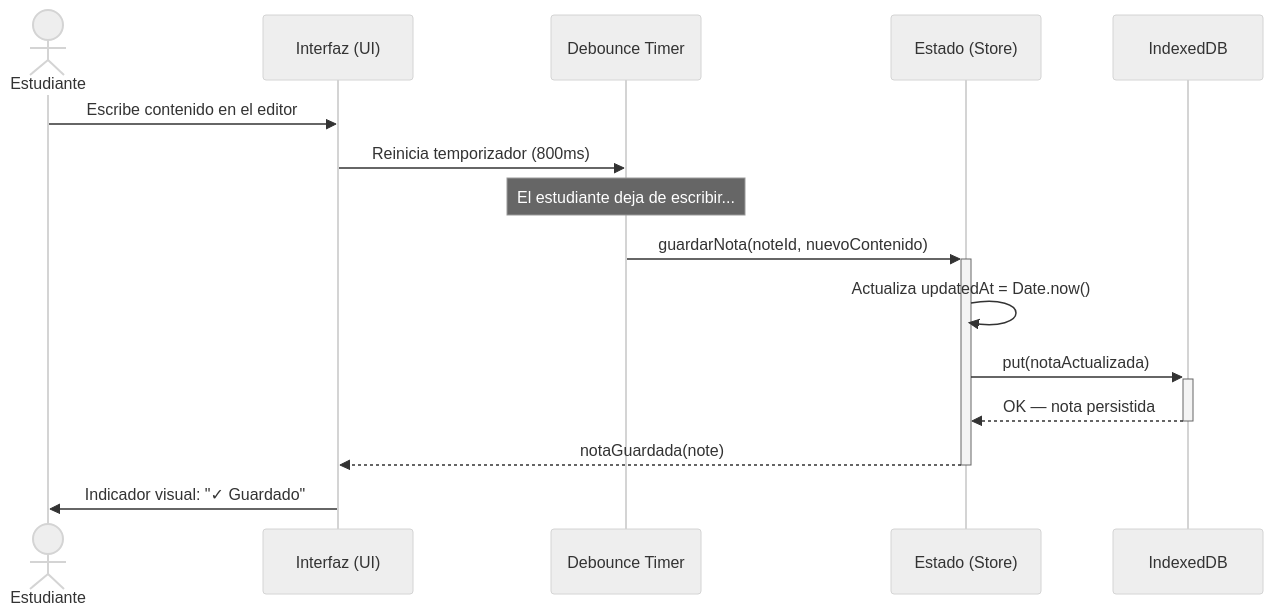
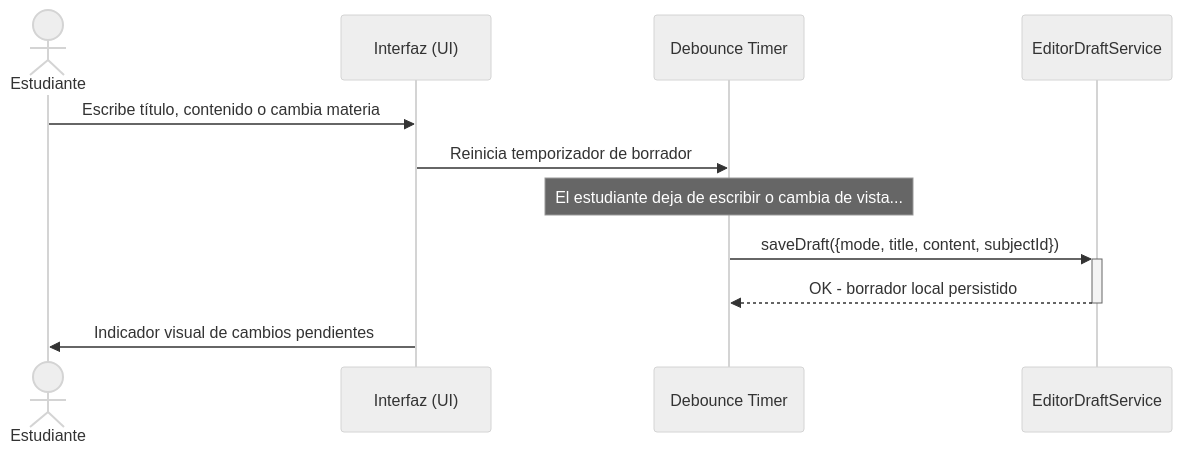
One commit to jdfesa/lumapse changed the second of 5 diagrams in docs/diagramas/secuencia-crear-nota.md. Above: the diagram before and after it, drawn with Mermaid (neutral theme). The commit also changed other lines of this file and 2 other files, not shown here.

Commit message:
docs(diagrams): update editor draft flows

````diff
--- a/docs/diagramas/secuencia-crear-nota.md
+++ b/docs/diagramas/secuencia-crear-nota.md
@@ -40,20 +34,16 @@
 ```mermaid
 sequenceDiagram
     actor EST as Estudiante
     participant UI as Interfaz (UI)
     participant TIMER as Debounce Timer
-    participant STORE as Estado (Store)
-    participant IDB as IndexedDB
+    participant DRAFT as EditorDraftService
 
-    EST ->> UI: Escribe contenido en el editor
-    UI ->> TIMER: Reinicia temporizador (800ms)
+    EST ->> UI: Escribe título, contenido o cambia materia
+    UI ->> TIMER: Reinicia temporizador de borrador
 
-    Note over TIMER: El estudiante deja de escribir...
+    Note over TIMER: El estudiante deja de escribir o cambia de vista...
 
-    TIMER ->>+ STORE: guardarNota(noteId, nuevoContenido)
-    STORE ->> STORE: Actualiza updatedAt = Date.now()
-    STORE ->>+ IDB: put(notaActualizada)
-    IDB -->>- STORE: OK — nota persistida
-    STORE -->>- UI: notaGuardada(note)
-    UI ->> EST: Indicador visual: "✓ Guardado"
+    TIMER ->>+ DRAFT: saveDraft({mode, title, content, subjectId})
+    DRAFT -->>- TIMER: OK - borrador local persistido
+    UI ->> EST: Indicador visual de cambios pendientes
 ```
````
